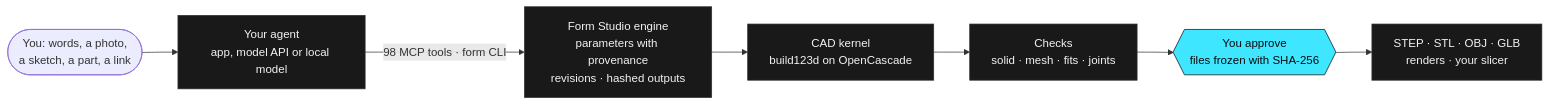
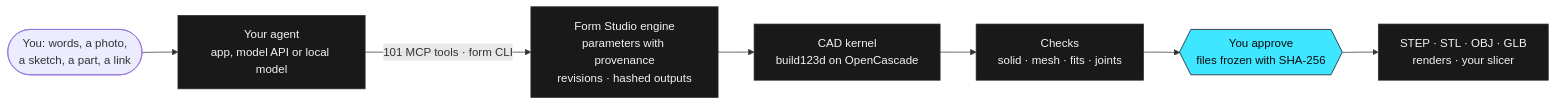
One commit to kaizensx/form-studio changed the diagram in README.md. Above: the diagram before and after it, drawn with Mermaid. The commit also changed other lines of this file and 39 other files, not shown here.

````diff
--- a/README.md
+++ b/README.md
@@ -86,13 +86,13 @@
 ```mermaid
 flowchart LR
   you(["You: words, a photo,<br/>a sketch, a part, a link"]) --> agent["Your agent<br/>app, model API or local model"]
-  agent -- "98 MCP tools · form CLI" --> engine["Form Studio engine<br/>parameters with provenance<br/>revisions · hashed outputs"]
+  agent -- "101 MCP tools · form CLI" --> engine["Form Studio engine<br/>parameters with provenance<br/>revisions · hashed outputs"]
   engine --> kernel["CAD kernel<br/>build123d on OpenCascade"]
   kernel --> checks["Checks<br/>solid · mesh · fits · joints"]
   checks --> release{{"You approve<br/>files frozen with SHA-256"}}
   release --> out["STEP · STL · OBJ · GLB<br/>renders · your slicer"]
   classDef datum fill:#3ee6ff,stroke:#0b0b0c,color:#0b0b0c
   classDef plate fill:#19191a,stroke:#2f2f31,color:#f4f3f1
   class release datum
   class agent,engine,kernel,checks,out plate
 ```
````
